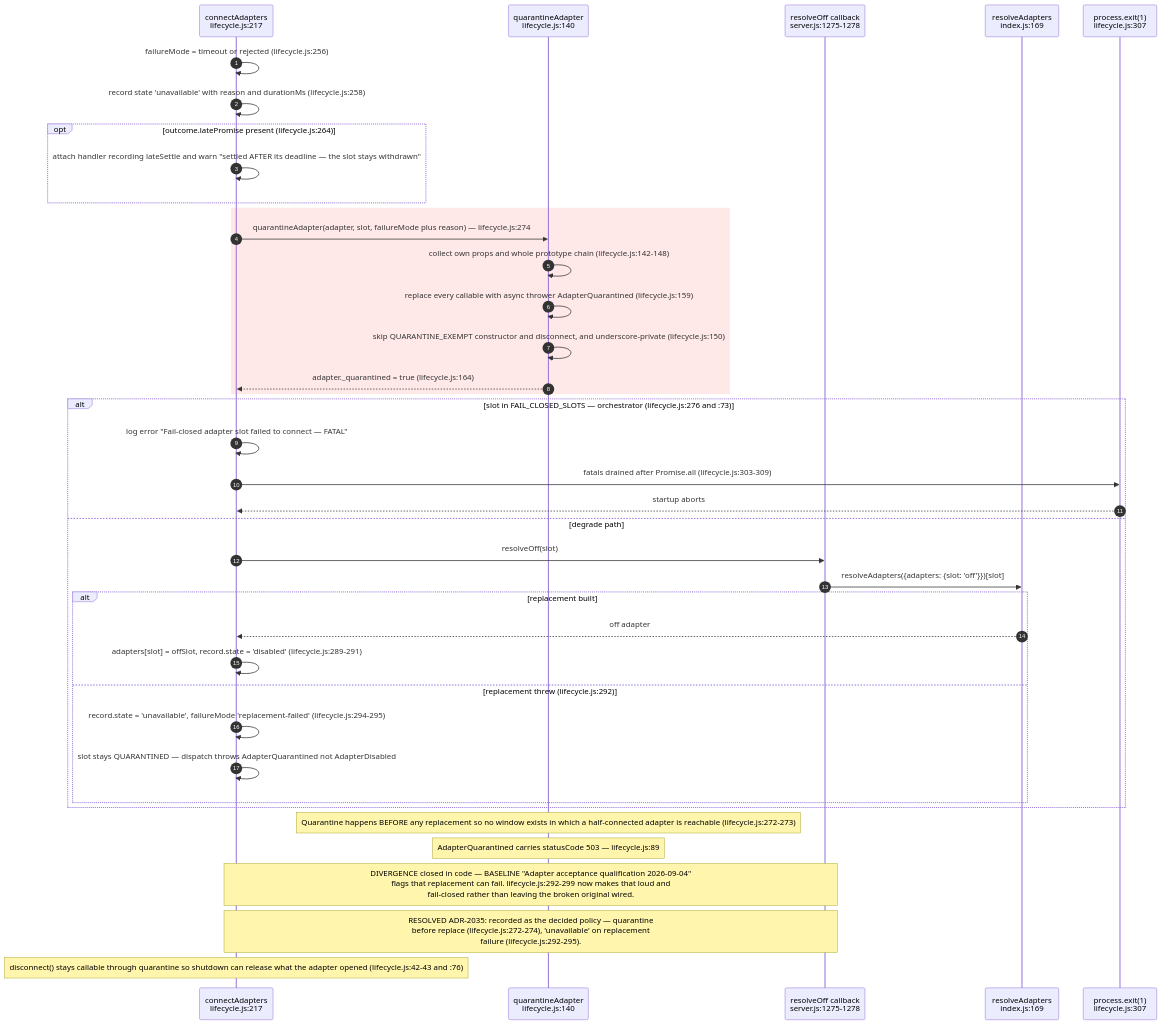
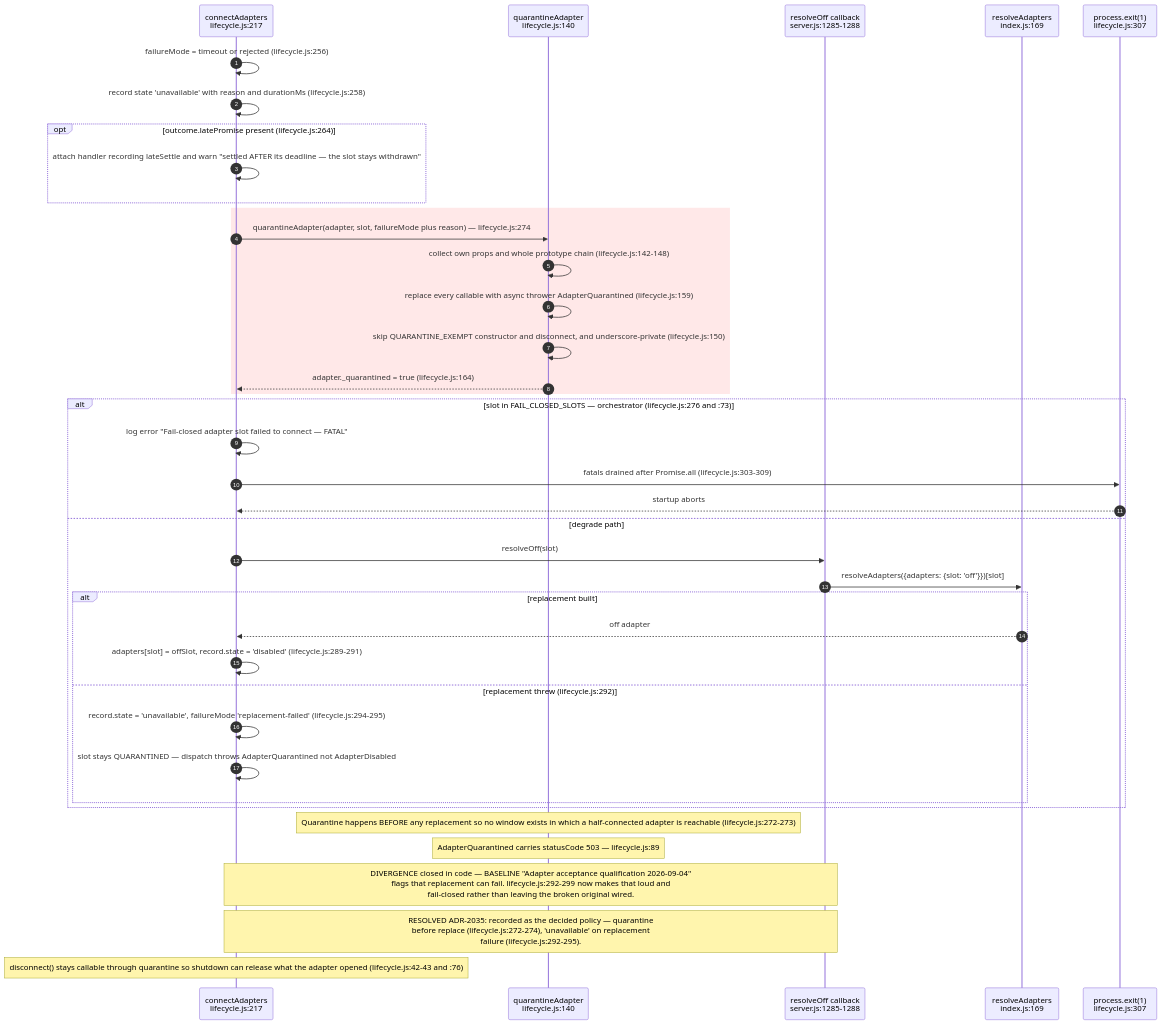
The seventh of 15 diagrams in docs/diagrams/agentbox/04-adapter-spine.md (DreamLab-AI/VisionFlow), drawn with Mermaid before and after one commit. The commit also changed other lines of this file and 94 other files, not shown here.

First line of the commit message:
docs(diagrams): re-verify 130 topics against 2 October HEADs

````diff
--- a/docs/diagrams/agentbox/04-adapter-spine.md
+++ b/docs/diagrams/agentbox/04-adapter-spine.md
@@ -298,42 +298,42 @@
 ```mermaid
 sequenceDiagram
     autonumber
     participant LC as connectAdapters<br/>lifecycle.js:217
     participant Q as quarantineAdapter<br/>lifecycle.js:140
-    participant RO as resolveOff callback<br/>server.js:1275-1278
+    participant RO as resolveOff callback<br/>server.js:1285-1288
     participant IDX as resolveAdapters<br/>index.js:169
     participant PX as process.exit(1)<br/>lifecycle.js:307
 
     LC->>LC: failureMode = timeout or rejected (lifecycle.js:256)
     LC->>LC: record state 'unavailable' with reason and durationMs (lifecycle.js:258)
     opt outcome.latePromise present (lifecycle.js:264)
         LC->>LC: attach handler recording lateSettle and warn "settled AFTER its deadline — the slot stays withdrawn"
     end
     rect rgb(255, 232, 232)
         LC->>Q: quarantineAdapter(adapter, slot, failureMode plus reason) — lifecycle.js:274
         Q->>Q: collect own props and whole prototype chain (lifecycle.js:142-148)
         Q->>Q: replace every callable with async thrower AdapterQuarantined (lifecycle.js:159)
         Q->>Q: skip QUARANTINE_EXEMPT constructor and disconnect, and underscore-private (lifecycle.js:150)
         Q-->>LC: adapter._quarantined = true (lifecycle.js:164)
     end
     alt slot in FAIL_CLOSED_SLOTS — orchestrator (lifecycle.js:276 and :73)
         LC->>LC: log error "Fail-closed adapter slot failed to connect — FATAL"
         LC->>PX: fatals drained after Promise.all (lifecycle.js:303-309)
         PX-->>LC: startup aborts
     else degrade path
         LC->>RO: resolveOff(slot)
         RO->>IDX: resolveAdapters({adapters: {slot: 'off'}})[slot]
         alt replacement built
             IDX-->>LC: off adapter
             LC->>LC: adapters[slot] = offSlot, record.state = 'disabled' (lifecycle.js:289-291)
         else replacement threw (lifecycle.js:292)
             LC->>LC: record.state = 'unavailable', failureMode 'replacement-failed' (lifecycle.js:294-295)
             LC->>LC: slot stays QUARANTINED — dispatch throws AdapterQuarantined not AdapterDisabled
         end
     end
     Note over Q: Quarantine happens BEFORE any replacement so no window exists in which a half-connected adapter is reachable (lifecycle.js:272-273)
     Note over Q: AdapterQuarantined carries statusCode 503 — lifecycle.js:89
     Note over LC,RO: DIVERGENCE closed in code — BASELINE "Adapter acceptance qualification 2026-09-04"<br/>flags that replacement can fail. lifecycle.js:292-299 now makes that loud and<br/>fail-closed rather than leaving the broken original wired.
     Note over LC,RO: RESOLVED ADR-2035: recorded as the decided policy — quarantine<br/>before replace (lifecycle.js:272-274), 'unavailable' on replacement<br/>failure (lifecycle.js:292-295).
     Note over LC: disconnect() stays callable through quarantine so shutdown can release what the adapter opened (lifecycle.js:42-43 and :76)
 ```
````
